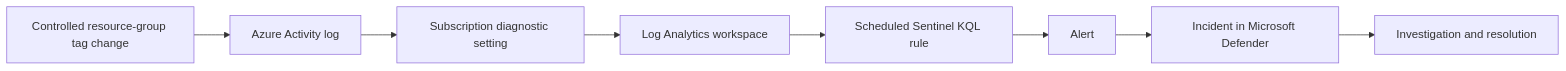
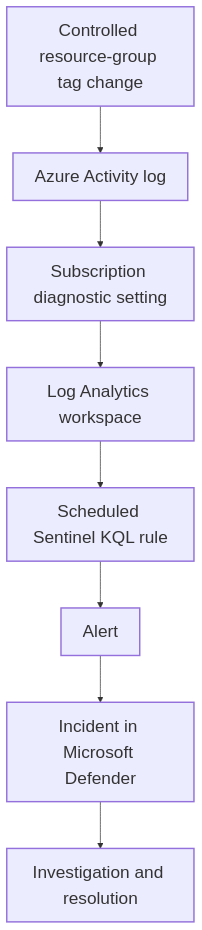
The diagram in README.md (FloresFreddyGH/azure-security-lab), drawn with Mermaid before and after one commit. The commit also changed other lines of this file, not shown here.

Commit message:
README2.0
Updated language for clarity and improved flow in the README.

````diff
--- a/README.md
+++ b/README.md
@@ -26,10 +26,15 @@
 ```mermaid
-flowchart LR
-    A[Controlled resource-group tag change] --> B[Azure Activity log]
-    B --> C[Subscription diagnostic setting]
-    C --> D[Log Analytics workspace]
-    D --> E[Scheduled Sentinel KQL rule]
-    E --> F[Alert]
-    F --> G[Incident in Microsoft Defender]
-    G --> H[Investigation and resolution]
+%%{init: {"themeVariables": {"fontSize": "24px"}, "flowchart": {"nodeSpacing": 60, "rankSpacing": 65}}}%%
+flowchart TB
+    A["Controlled resource-group tag change"]
+    --> B["Azure Activity log"]
+    --> C["Subscription diagnostic setting"]
+    --> D["Log Analytics workspace"]
+    --> E["Scheduled Sentinel KQL rule"]
+    --> F["Alert"]
+    --> G["Incident in Microsoft Defender"]
+    --> H["Investigation and resolution"]
+
+    classDef large font-size:24px,stroke-width:2px;
+    class A,B,C,D,E,F,G,H large;
 ```
````
